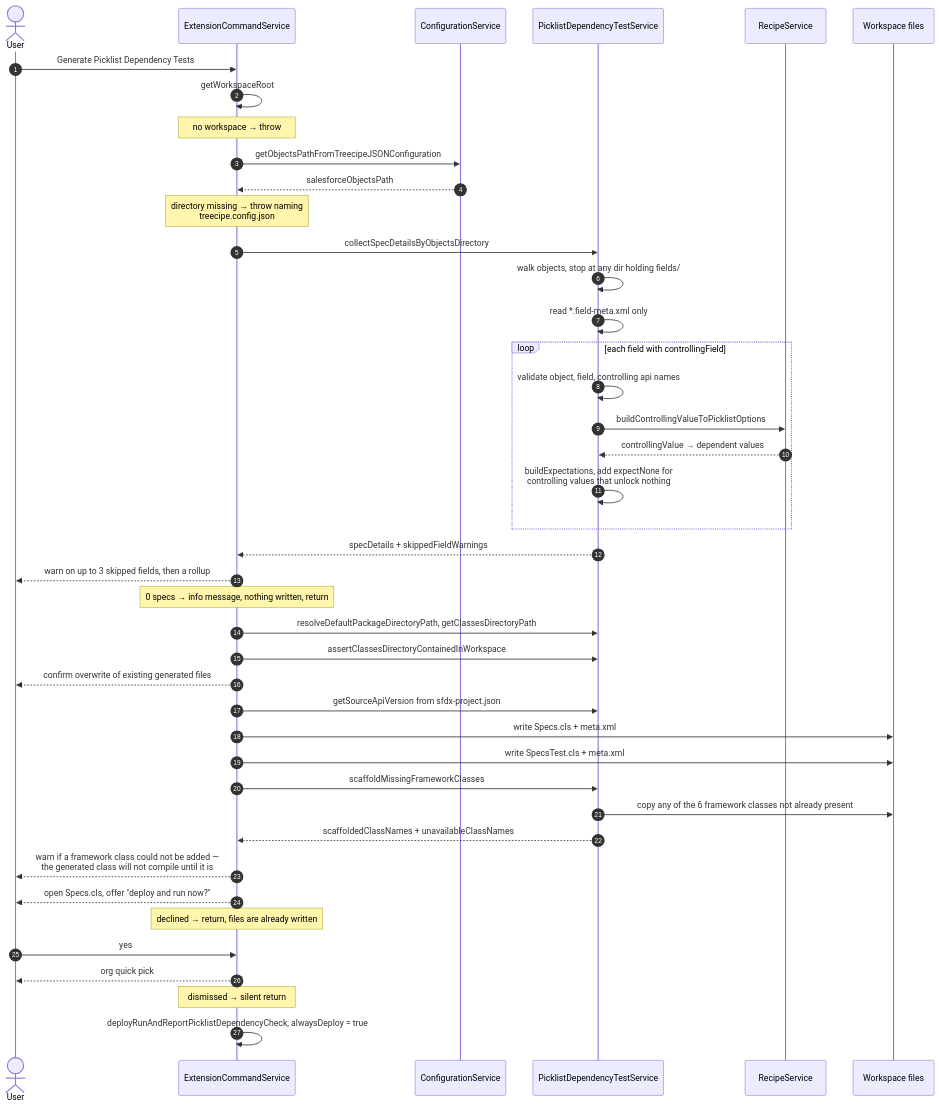
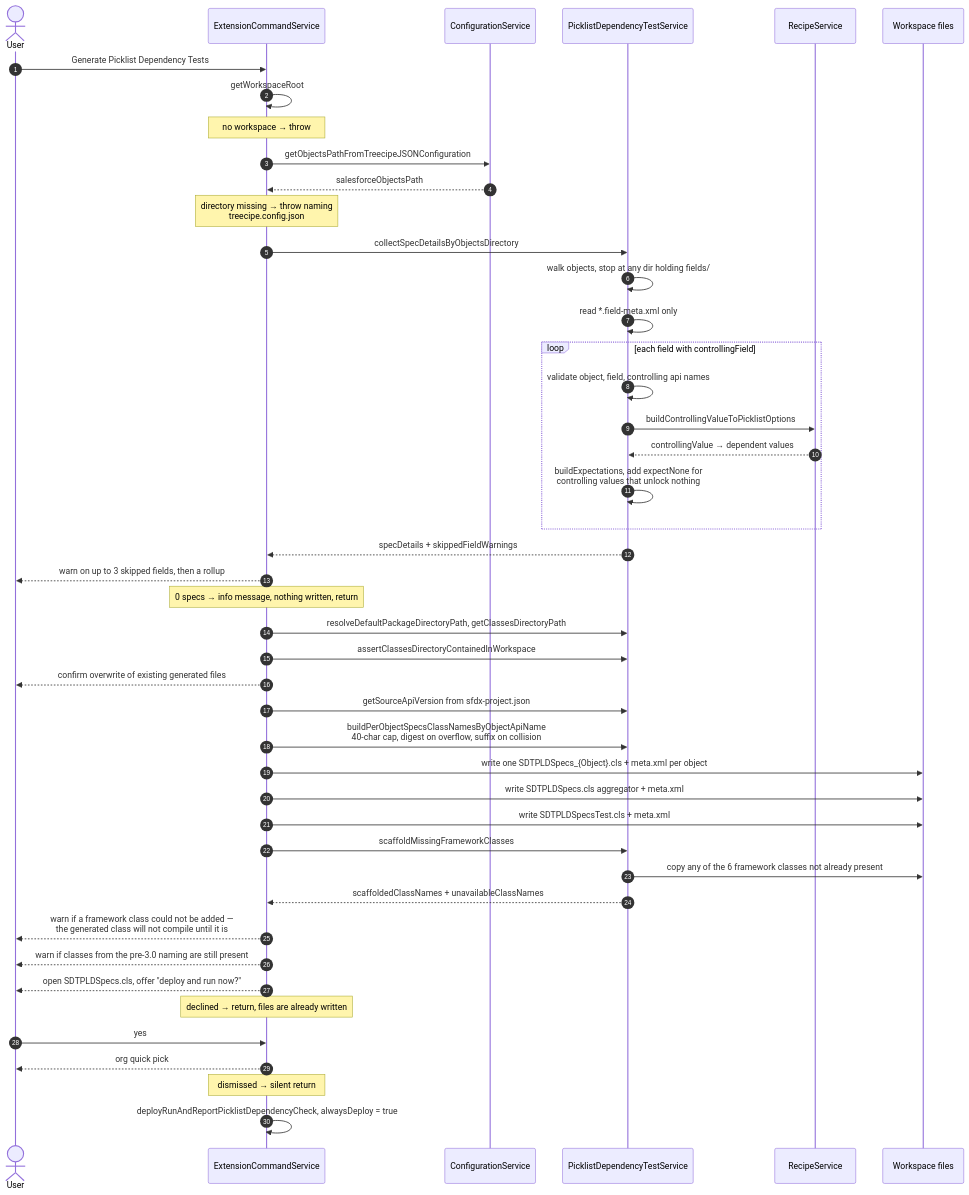
The fourth of 8 diagrams in scripts/picklist-dependency-demo/PICKLIST-DEPENDENCY-FLOW.md (jdschleicher/Salesforce-Data-Treecipe), drawn with Mermaid before and after one commit. The commit also changed other lines of this file and 1 other file, not shown here.

First line of the commit message:
docs: add picklist dependency flow diagrams, updated for v3.0.0, plus a staleness guard

````diff
--- a/scripts/picklist-dependency-demo/PICKLIST-DEPENDENCY-FLOW.md
+++ b/scripts/picklist-dependency-demo/PICKLIST-DEPENDENCY-FLOW.md
@@ -128,48 +129,51 @@
 ```mermaid
 sequenceDiagram
     autonumber
     actor User
     participant Cmd as ExtensionCommandService
     participant Config as ConfigurationService
     participant Gen as PicklistDependencyTestService
     participant Recipe as RecipeService
     participant Disk as Workspace files
 
     User->>Cmd: Generate Picklist Dependency Tests
     Cmd->>Cmd: getWorkspaceRoot
     Note over Cmd: no workspace → throw
     Cmd->>Config: getObjectsPathFromTreecipeJSONConfiguration
     Config-->>Cmd: salesforceObjectsPath
     Note over Cmd: directory missing → throw naming<br/>treecipe.config.json
 
     Cmd->>Gen: collectSpecDetailsByObjectsDirectory
     Gen->>Gen: walk objects, stop at any dir holding fields/
     Gen->>Gen: read *.field-meta.xml only
     loop each field with controllingField
         Gen->>Gen: validate object, field, controlling api names
         Gen->>Recipe: buildControllingValueToPicklistOptions
         Recipe-->>Gen: controllingValue → dependent values
         Gen->>Gen: buildExpectations, add expectNone for<br/>controlling values that unlock nothing
     end
     Gen-->>Cmd: specDetails + skippedFieldWarnings
 
     Cmd-->>User: warn on up to 3 skipped fields, then a rollup
     Note over Cmd: 0 specs → info message, nothing written, return
 
     Cmd->>Gen: resolveDefaultPackageDirectoryPath, getClassesDirectoryPath
     Cmd->>Gen: assertClassesDirectoryContainedInWorkspace
     Cmd-->>User: confirm overwrite of existing generated files
     Cmd->>Gen: getSourceApiVersion from sfdx-project.json
-    Cmd->>Disk: write Specs.cls + meta.xml
-    Cmd->>Disk: write SpecsTest.cls + meta.xml
+    Cmd->>Gen: buildPerObjectSpecsClassNamesByObjectApiName<br/>40-char cap, digest on overflow, suffix on collision
+    Cmd->>Disk: write one SDTPLDSpecs_{Object}.cls + meta.xml per object
+    Cmd->>Disk: write SDTPLDSpecs.cls aggregator + meta.xml
+    Cmd->>Disk: write SDTPLDSpecsTest.cls + meta.xml
     Cmd->>Gen: scaffoldMissingFrameworkClasses
     Gen->>Disk: copy any of the 6 framework classes not already present
     Gen-->>Cmd: scaffoldedClassNames + unavailableClassNames
     Cmd-->>User: warn if a framework class could not be added —<br/>the generated class will not compile until it is
-    Cmd-->>User: open Specs.cls, offer "deploy and run now?"
+    Cmd-->>User: warn if classes from the pre-3.0 naming are still present
+    Cmd-->>User: open SDTPLDSpecs.cls, offer "deploy and run now?"
     Note over Cmd: declined → return, files are already written
     User->>Cmd: yes
     Cmd-->>User: org quick pick
     Note over Cmd: dismissed → silent return
     Cmd->>Cmd: deployRunAndReportPicklistDependencyCheck, alwaysDeploy = true
 ```
````
